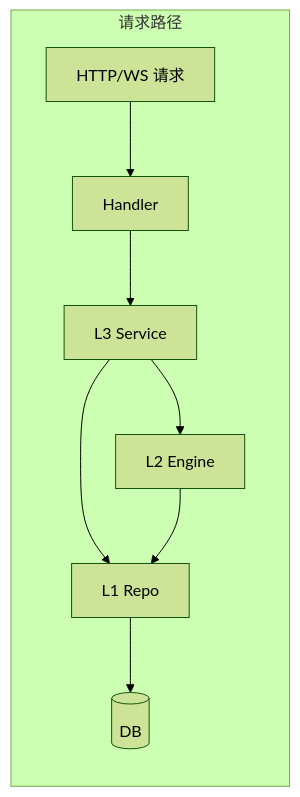
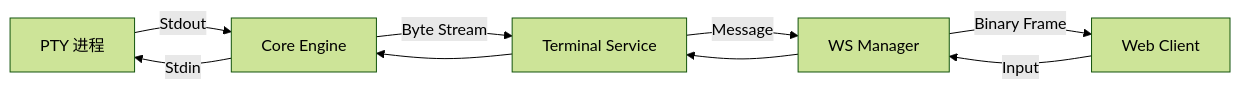
One commit to AruNi-01/atmos changed the second of 2 diagrams in .atmos/wiki/getting-started/architecture.md. Above: the diagram before and after it, drawn with Mermaid (forest theme). The commit also changed other lines of this file and 49 other files, not shown here.

````diff
--- a/.atmos/wiki/getting-started/architecture.md
+++ b/.atmos/wiki/getting-started/architecture.md
@@ -61,17 +105,11 @@
 ```mermaid
-flowchart LR
-    subgraph 请求路径
-        Req[HTTP/WS 请求]
-        Handler[Handler]
-        Service[L3 Service]
-        Engine[L2 Engine]
-        Repo[L1 Repo]
-        DB[(DB)]
-    end
-
-    Req --> Handler --> Service
+graph LR
+    PTY[PTY 进程] -->|Stdout| Engine[Core Engine]
+    Engine -->|Byte Stream| Service[Terminal Service]
+    Service -->|Message| Infra[WS Manager]
+    Infra -->|Binary Frame| Client[Web Client]
+    Client -->|Input| Infra
+    Infra --> Service
     Service --> Engine
-    Service --> Repo
-    Engine --> Repo
-    Repo --> DB
+    Engine -->|Stdin| PTY
 ```
````
